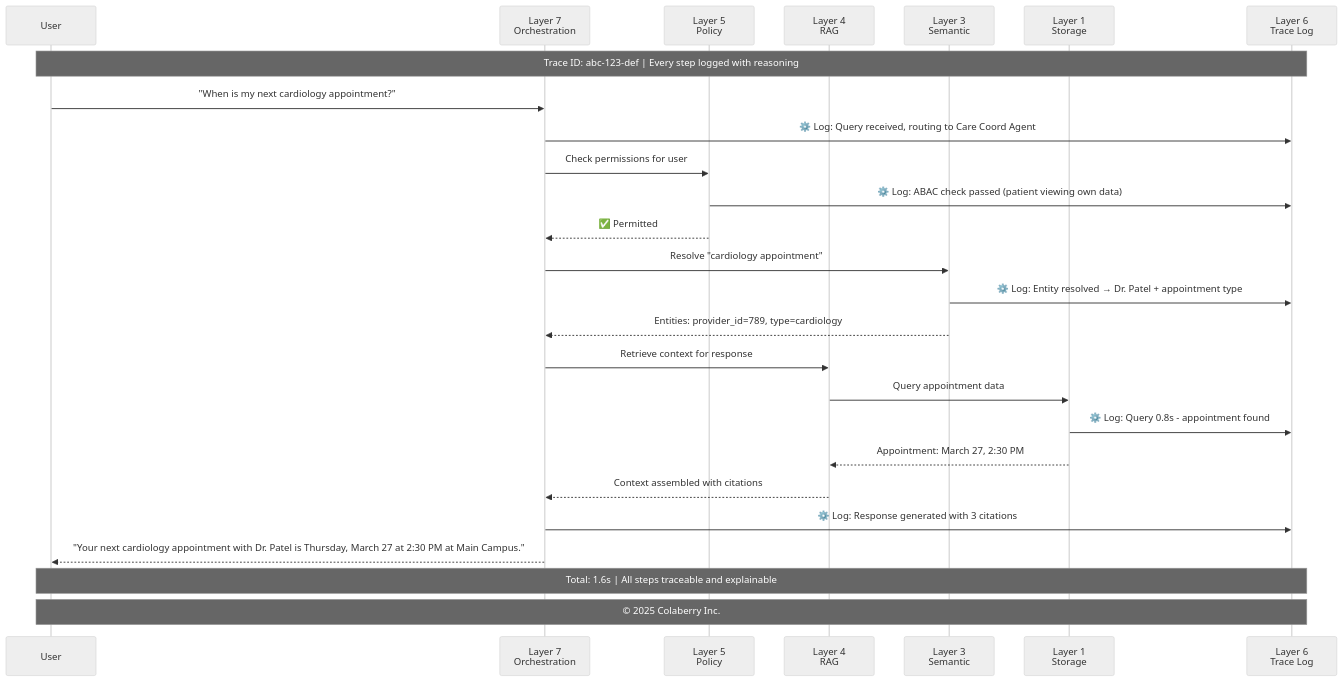
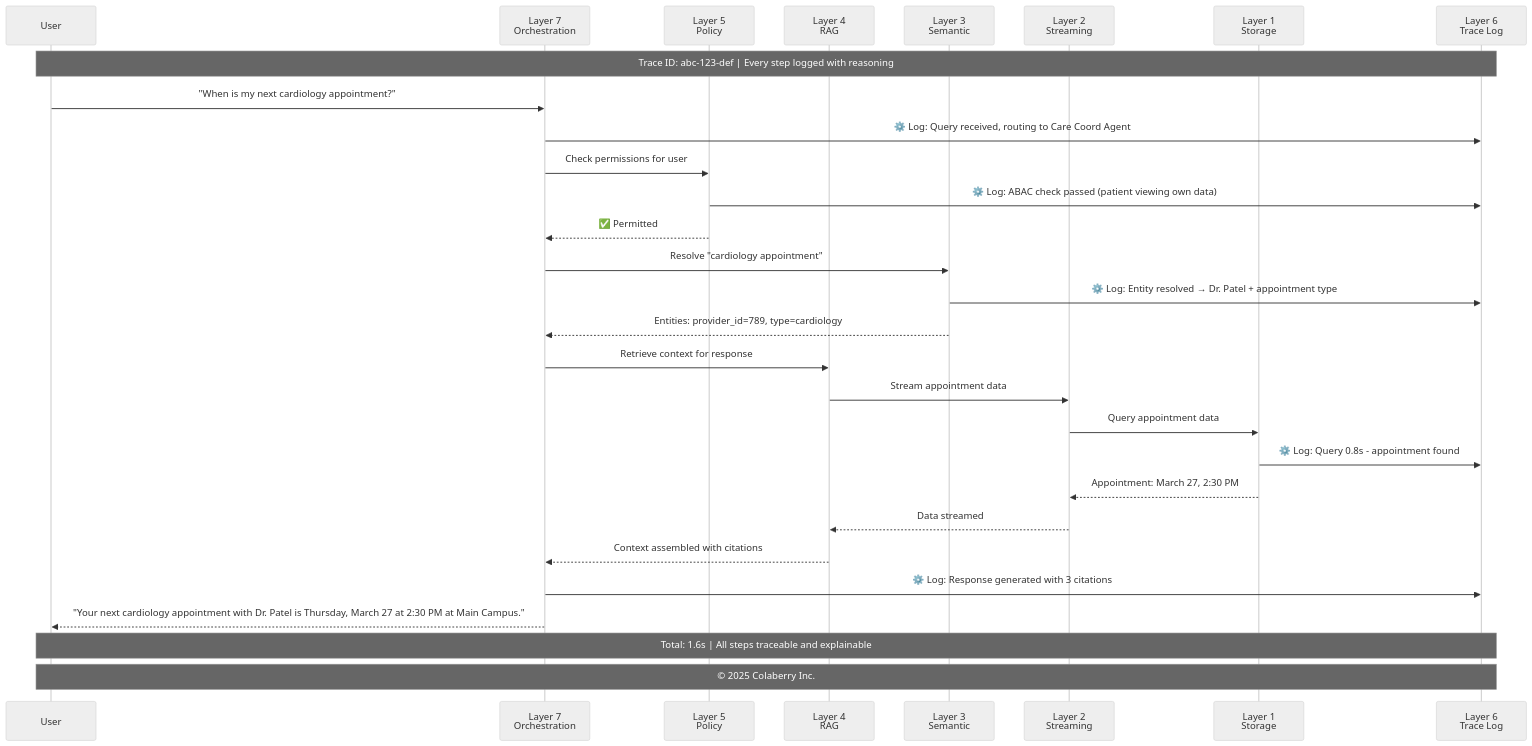
The third of 11 diagrams in manuscript/09_chapter_8_architecture_of_trust_in_action.md (saitejesh-cyber/trust-before-intelligence-book), drawn with Mermaid (neutral theme) before and after one commit. The commit also changed other lines of this file, not shown here.

````diff
--- a/manuscript/09_chapter_8_architecture_of_trust_in_action.md
+++ b/manuscript/09_chapter_8_architecture_of_trust_in_action.md
@@ -192,32 +192,35 @@
 ```mermaid
 sequenceDiagram
   participant U as User
   participant O as Layer 7<br/>Orchestration
   participant P as Layer 5<br/>Policy
   participant R as Layer 4<br/>RAG
   participant S as Layer 3<br/>Semantic
+  participant St as Layer 2<br/>Streaming
   participant D as Layer 1<br/>Storage
   participant T as Layer 6<br/>Trace Log
   
   Note over U,T: Trace ID: abc-123-def | Every step logged with reasoning
   
   U->>O: "When is my next cardiology appointment?"
   O->>T: ⚙️ Log: Query received, routing to Care Coord Agent
   O->>P: Check permissions for user
   P->>T: ⚙️ Log: ABAC check passed (patient viewing own data)
   P-->>O: ✅ Permitted
   O->>S: Resolve "cardiology appointment"
   S->>T: ⚙️ Log: Entity resolved → Dr. Patel + appointment type
   S-->>O: Entities: provider_id=789, type=cardiology
   O->>R: Retrieve context for response
-  R->>D: Query appointment data
+  R->>St: Stream appointment data
+  St->>D: Query appointment data
   D->>T: ⚙️ Log: Query 0.8s - appointment found
-  D-->>R: Appointment: March 27, 2:30 PM
+  D-->>St: Appointment: March 27, 2:30 PM
+  St-->>R: Data streamed
   R-->>O: Context assembled with citations
   O->>T: ⚙️ Log: Response generated with 3 citations
   O-->>U: "Your next cardiology appointment with Dr. Patel is Thursday, March 27 at 2:30 PM at Main Campus."
   
   Note over U,T: Total: 1.6s | All steps traceable and explainable
   
   Note over U,T: © 2025 Colaberry Inc.
 ```
````
